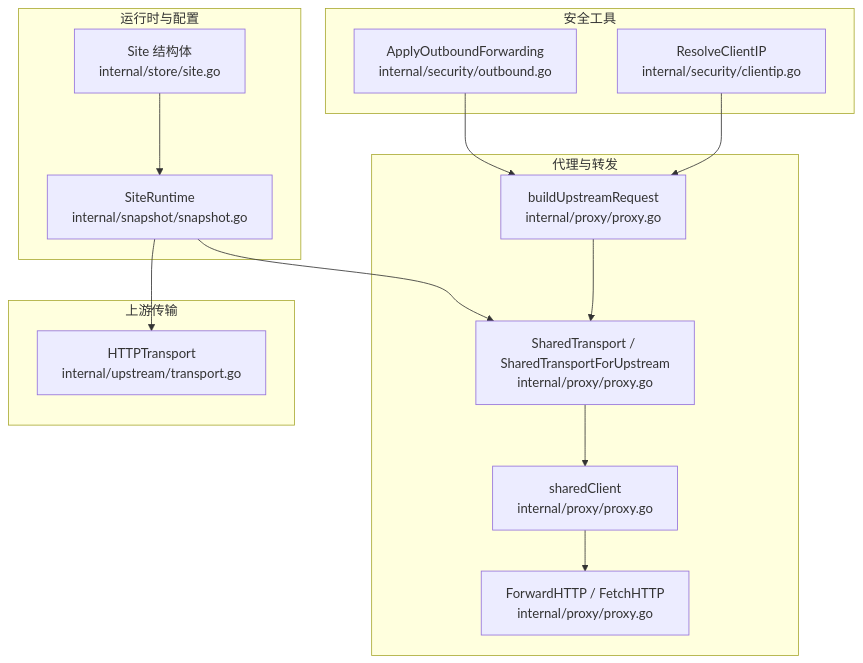
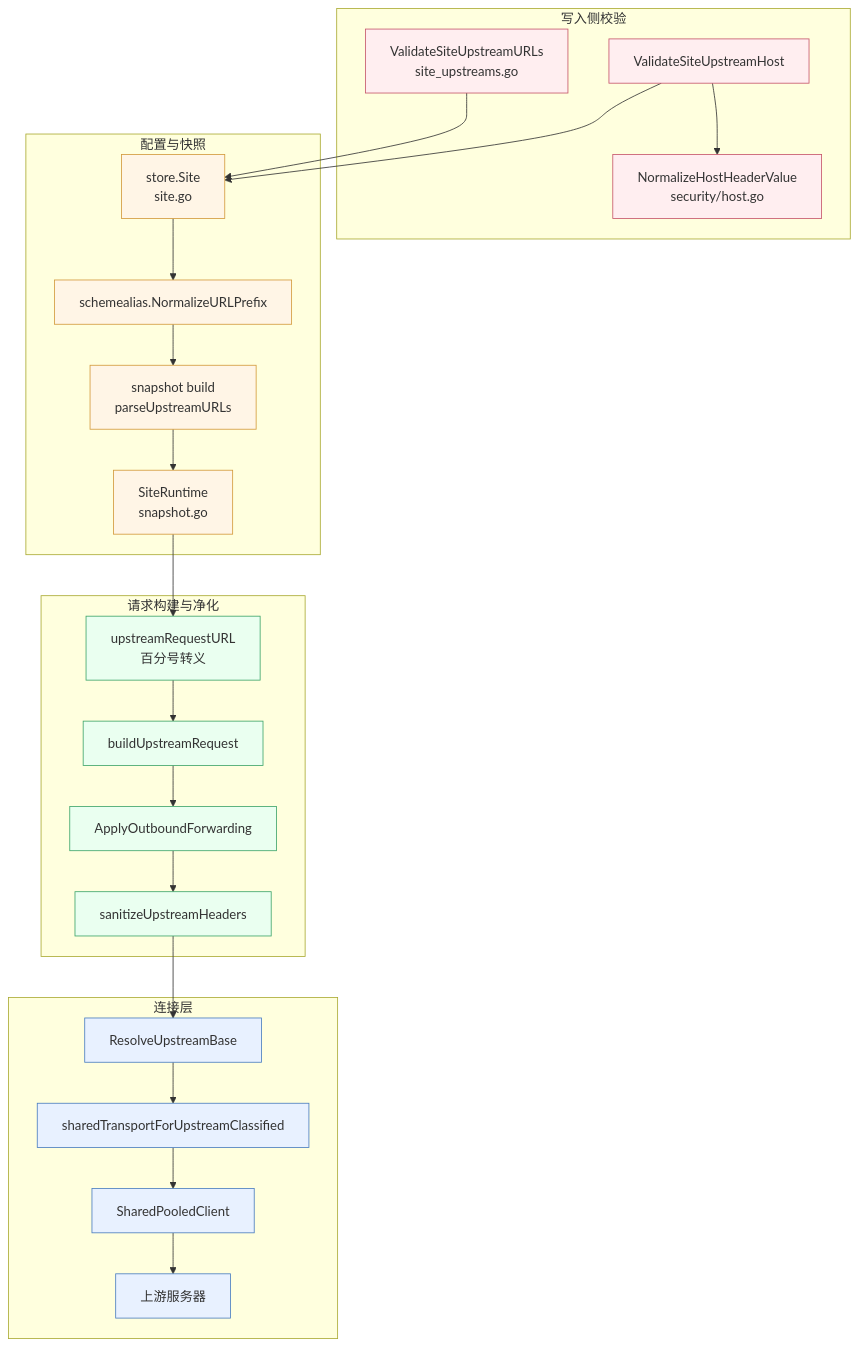
One commit to x01n/My-OpenWaf changed the first of 6 diagrams in docs/安全机制/出站安全控制.md. Above: the diagram before and after it, drawn with Mermaid. The commit also changed other lines of this file and 622 other files, not shown here.

````diff
--- a/docs/安全机制/出站安全控制.md
+++ b/docs/安全机制/出站安全控制.md
@@ -46,28 +86,35 @@
 ```mermaid
 graph TB
-subgraph "安全工具"
-SEC_OUT["ApplyOutboundForwarding<br/>internal/security/outbound.go"]
-SEC_IP["ResolveClientIP<br/>internal/security/clientip.go"]
-end
-subgraph "代理与转发"
-PRX["SharedTransport / SharedTransportForUpstream<br/>internal/proxy/proxy.go"]
-PRX_CLIENT["sharedClient<br/>internal/proxy/proxy.go"]
-PRX_REQ["buildUpstreamRequest<br/>internal/proxy/proxy.go"]
-PRX_FWD["ForwardHTTP / FetchHTTP<br/>internal/proxy/proxy.go"]
-end
-subgraph "上游传输"
-UPT["HTTPTransport<br/>internal/upstream/transport.go"]
-end
-subgraph "运行时与配置"
-SNAP["SiteRuntime<br/>internal/snapshot/snapshot.go"]
-STORE_SITE["Site 结构体<br/>internal/store/site.go"]
-end
-SEC_IP --> PRX_REQ
-SEC_OUT --> PRX_REQ
-PRX_REQ --> PRX
-PRX --> PRX_CLIENT
-PRX_CLIENT --> PRX_FWD
-SNAP --> PRX
-STORE_SITE --> SNAP
-SNAP --> UPT
+  subgraph W["写入侧校验"]
+    SU["ValidateSiteUpstreamURLs<br/>site_upstreams.go"]:::chk
+    SH["ValidateSiteUpstreamHost"]:::chk
+    NH["NormalizeHostHeaderValue<br/>security/host.go"]:::chk
+  end
+  subgraph C["配置与快照"]
+    SITE["store.Site<br/>site.go"]:::cfg
+    ALIAS["schemealias.NormalizeURLPrefix"]:::cfg
+    BLD["snapshot build<br/>parseUpstreamURLs"]:::cfg
+    RT["SiteRuntime<br/>snapshot.go"]:::cfg
+  end
+  subgraph P["请求构建与净化"]
+    URL["upstreamRequestURL<br/>百分号转义"]:::app
+    BUR["buildUpstreamRequest"]:::app
+    OUT["ApplyOutboundForwarding"]:::app
+    GUARD["sanitizeUpstreamHeaders"]:::app
+  end
+  subgraph T["连接层"]
+    RES["ResolveUpstreamBase"]:::net
+    POOL["sharedTransportForUpstreamClassified"]:::net
+    CLI["SharedPooledClient"]:::net
+    UP["上游服务器"]:::net
+  end
+  SU --> SITE
+  SH --> NH
+  SH --> SITE
+  SITE --> ALIAS --> BLD --> RT
+  RT --> URL --> BUR --> OUT --> GUARD --> RES --> POOL --> CLI --> UP
+  classDef chk fill:#ffeef0,stroke:#c6566a
+  classDef cfg fill:#fff5e6,stroke:#d39a3c
+  classDef app fill:#eafff0,stroke:#3ea56a
+  classDef net fill:#e8f1ff,stroke:#4a7dbf
 ```
````
